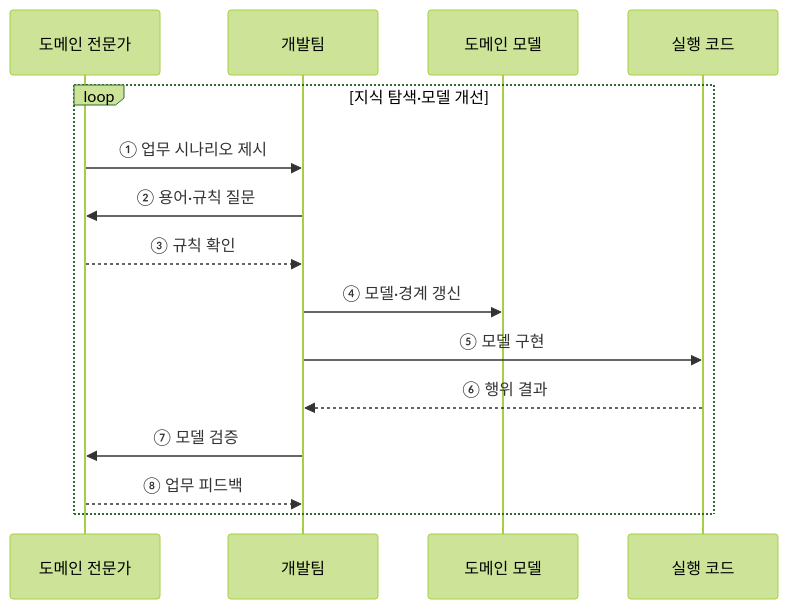
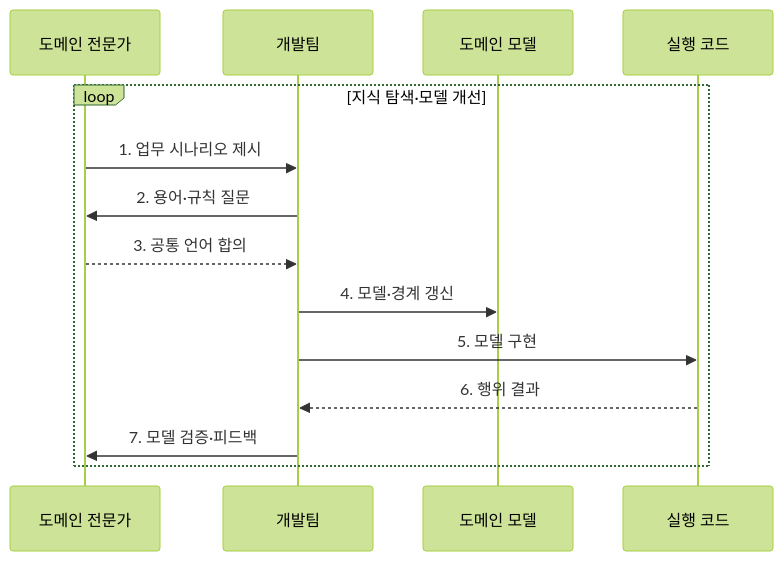
Before and after one commit to agnusdei1207/knowledge-base: the second of 2 diagrams in src/content/docs/notes/03-software/049_domain_driven_design.md, drawn with Mermaid (forest theme). The commit also changed other lines of this file and 20 other files, not shown here.

````diff
--- a/src/content/docs/notes/03-software/049_domain_driven_design.md
+++ b/src/content/docs/notes/03-software/049_domain_driven_design.md
@@ -85,17 +87,16 @@
 ```mermaid
 sequenceDiagram
     participant E as 도메인 전문가
     participant D as 개발팀
     participant M as 도메인 모델
     participant C as 실행 코드
     loop 지식 탐색·모델 개선
-        E->>D: ① 업무 시나리오 제시
-        D->>E: ② 용어·규칙 질문
-        E-->>D: ③ 규칙 확인
-        D->>M: ④ 모델·경계 갱신
-        D->>C: ⑤ 모델 구현
-        C-->>D: ⑥ 행위 결과
-        D->>E: ⑦ 모델 검증
-        E-->>D: ⑧ 업무 피드백
+        E->>D: 1. 업무 시나리오 제시
+        D->>E: 2. 용어·규칙 질문
+        E-->>D: 3. 공통 언어 합의
+        D->>M: 4. 모델·경계 갱신
+        D->>C: 5. 모델 구현
+        C-->>D: 6. 행위 결과
+        D->>E: 7. 모델 검증·피드백
     end
 ```
````
